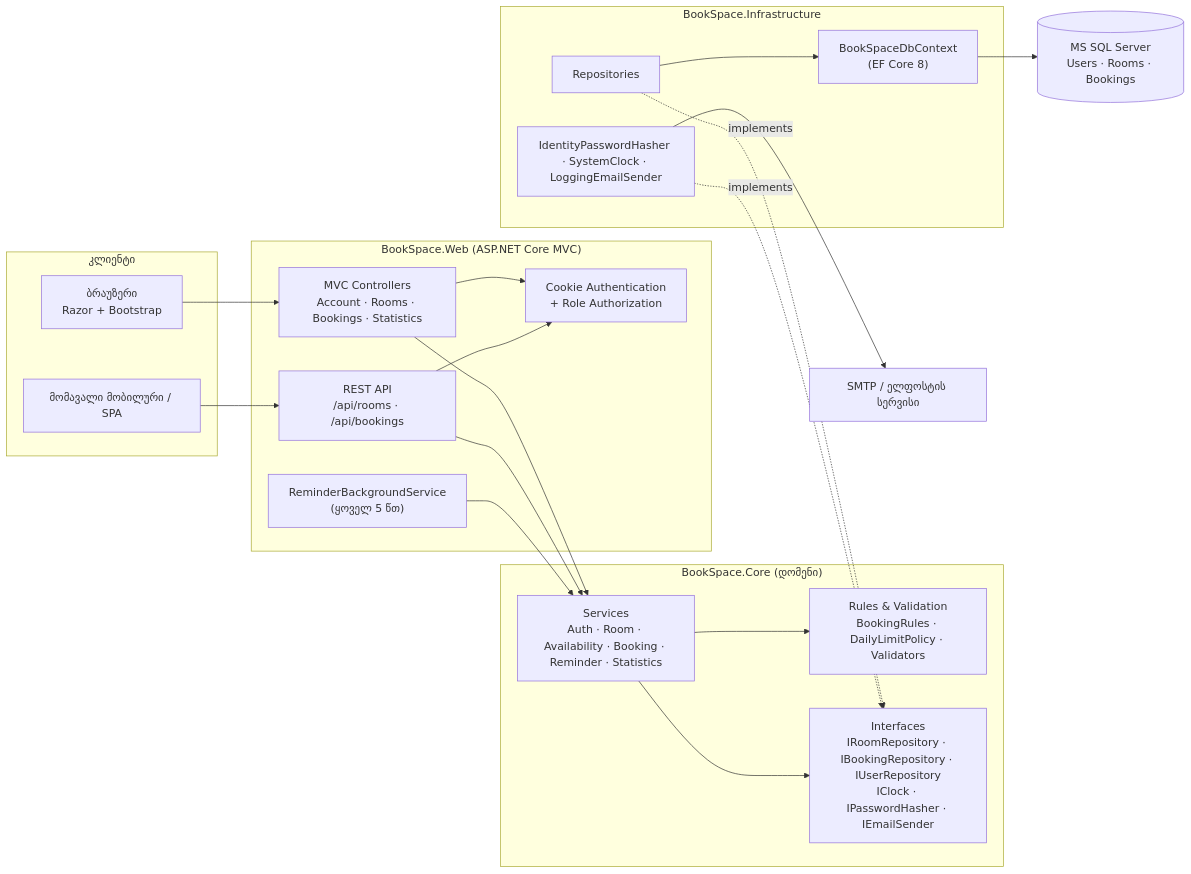
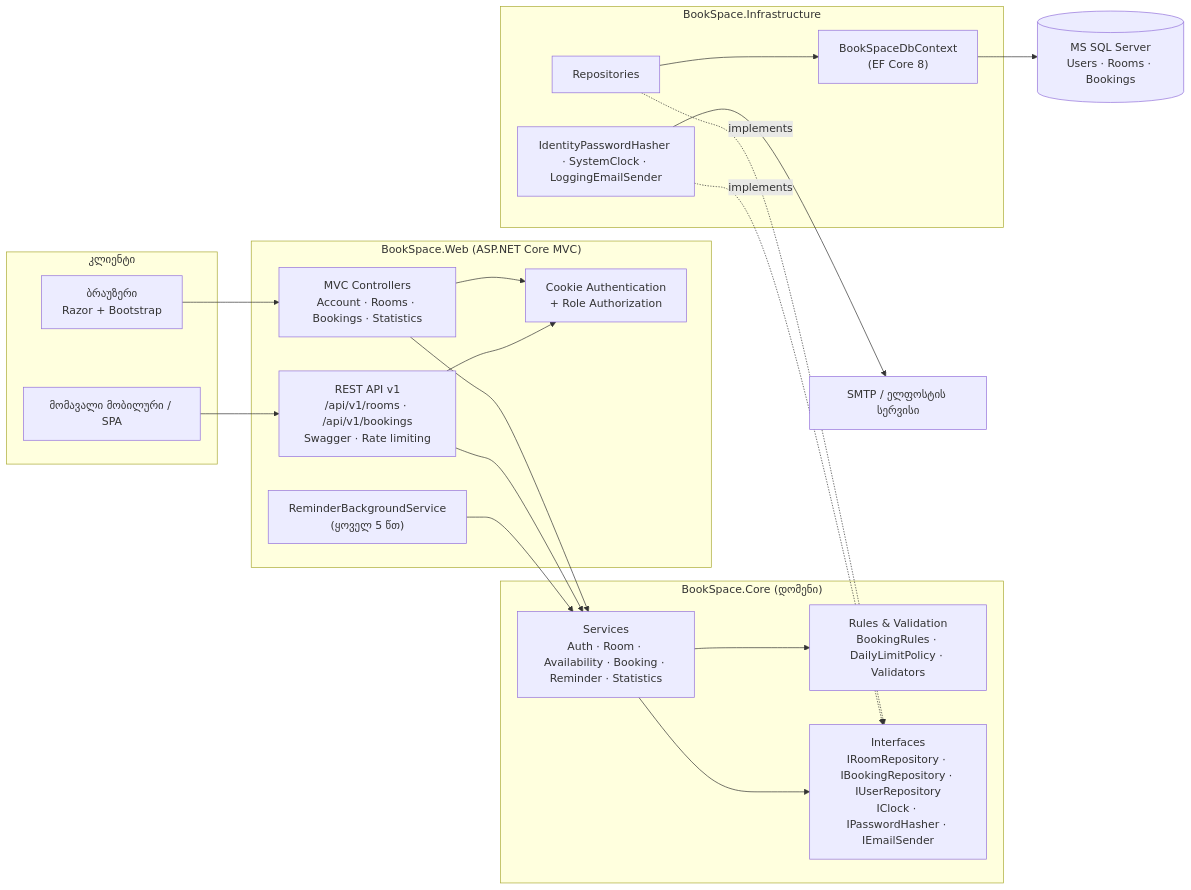
One commit to Metalfacex/bookspace changed the first of 2 diagrams in docs/architecture.md. Above: the diagram before and after it, drawn with Mermaid. The commit also changed other lines of this file and 28 other files, not shown here.

First line of the commit message:
feat: align with lectures 4-5 — API v1, Swagger, rate limiting, API + E2E + load tests, lint

````diff
--- a/docs/architecture.md
+++ b/docs/architecture.md
@@ -25,43 +36,43 @@
 ```mermaid
 flowchart LR
     subgraph Client["კლიენტი"]
         B["ბრაუზერი<br/>Razor + Bootstrap"]
         M["მომავალი მობილური / SPA"]
     end
 
     subgraph Web["BookSpace.Web (ASP.NET Core MVC)"]
         MVC["MVC Controllers<br/>Account · Rooms · Bookings · Statistics"]
-        API["REST API<br/>/api/rooms · /api/bookings"]
+        API["REST API v1<br/>/api/v1/rooms · /api/v1/bookings<br/>Swagger · Rate limiting"]
         AUTH["Cookie Authentication<br/>+ Role Authorization"]
         BG["ReminderBackgroundService<br/>(ყოველ 5 წთ)"]
     end
 
     subgraph Core["BookSpace.Core (დომენი)"]
         SVC["Services<br/>Auth · Room · Availability · Booking · Reminder · Statistics"]
         RULES["Rules & Validation<br/>BookingRules · DailyLimitPolicy · Validators"]
         IF["Interfaces<br/>IRoomRepository · IBookingRepository · IUserRepository<br/>IClock · IPasswordHasher · IEmailSender"]
     end
 
     subgraph Infra["BookSpace.Infrastructure"]
         EF["BookSpaceDbContext<br/>(EF Core 8)"]
         REPO["Repositories"]
         ADP["IdentityPasswordHasher · SystemClock · LoggingEmailSender"]
     end
 
     DB[("MS SQL Server<br/>Users · Rooms · Bookings")]
     SMTP["SMTP / ელფოსტის სერვისი"]
 
     B --> MVC
     M --> API
     MVC --> AUTH
     API --> AUTH
     MVC --> SVC
     API --> SVC
     BG --> SVC
     SVC --> RULES
     SVC --> IF
     REPO -. implements .-> IF
     ADP -. implements .-> IF
     REPO --> EF --> DB
     ADP --> SMTP
 ```
````
